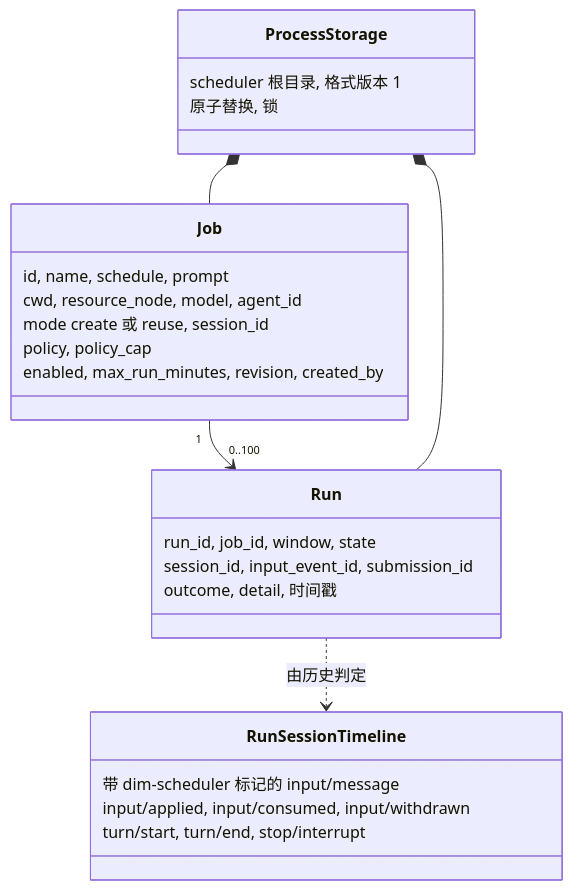
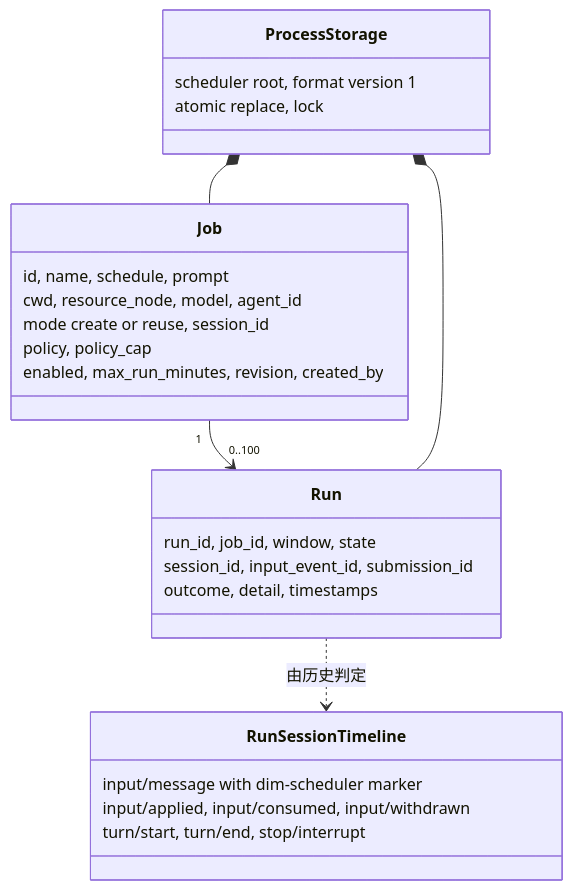
One commit to CoutinhoTTS/dim-agent changed the second of 6 diagrams in docs/zh/design/plugins/Scheduler.md. Above: the diagram before and after it, drawn with Mermaid. The commit also changed other lines of this file and 18 other files, not shown here.

````diff
--- a/docs/zh/design/plugins/Scheduler.md
+++ b/docs/zh/design/plugins/Scheduler.md
@@ -49,28 +49,28 @@
 ```mermaid
 classDiagram
   class Job {
     id, name, schedule, prompt
     cwd, resource_node, model, agent_id
-    mode create 或 reuse, session_id
+    mode create or reuse, session_id
     policy, policy_cap
     enabled, max_run_minutes, revision, created_by
   }
   class Run {
     run_id, job_id, window, state
     session_id, input_event_id, submission_id
-    outcome, detail, 时间戳
+    outcome, detail, timestamps
   }
   class ProcessStorage {
-    scheduler 根目录, 格式版本 1
-    原子替换, 锁
+    scheduler root, format version 1
+    atomic replace, lock
   }
   class RunSessionTimeline {
-    带 dim-scheduler 标记的 input/message
+    input/message with dim-scheduler marker
     input/applied, input/consumed, input/withdrawn
     turn/start, turn/end, stop/interrupt
   }
   Job "1" --> "0..100" Run
   ProcessStorage *-- Job
   ProcessStorage *-- Run
   Run ..> RunSessionTimeline : 由历史判定
 ```
````
